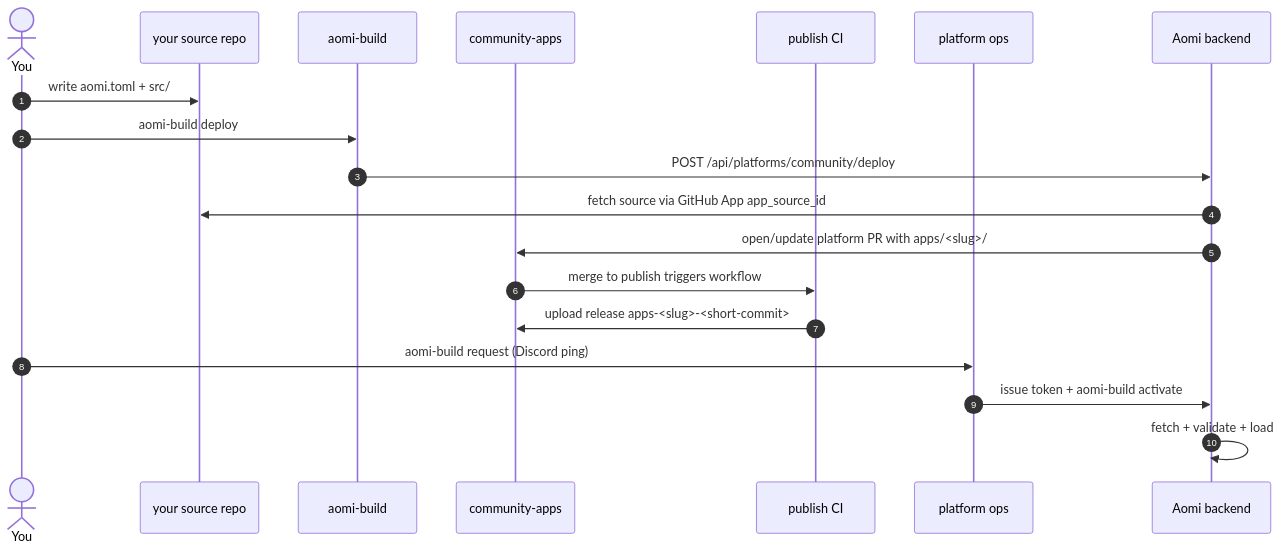
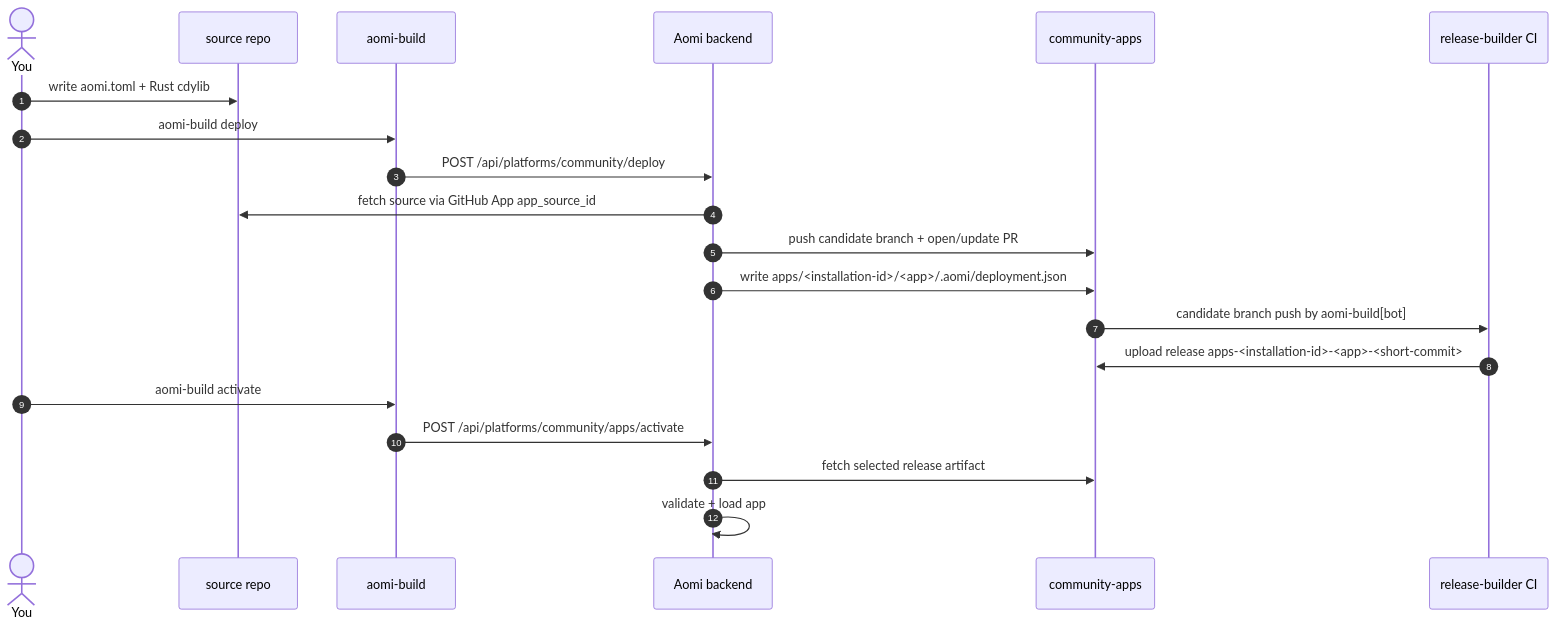
One commit to aomi-labs/community-apps changed the diagram in CONTRIBUTING.md. Above: the diagram before and after it, drawn with Mermaid. The commit also changed other lines of this file and 3 other files, not shown here.

Commit message:
docs: document backend-owned release builder flow

````diff
--- a/CONTRIBUTING.md
+++ b/CONTRIBUTING.md
@@ -10,22 +24,23 @@
 ```mermaid
 sequenceDiagram
     autonumber
     actor You
-    participant Src as your source repo
+    participant Src as source repo
     participant CLI as aomi-build
+    participant BE as Aomi backend
     participant Repo as community-apps
-    participant CI as publish CI
-    participant Ops as platform ops
-    participant BE as Aomi backend
+    participant CI as release-builder CI
 
-    You->>Src: write aomi.toml + src/
+    You->>Src: write aomi.toml + Rust cdylib
     You->>CLI: aomi-build deploy
     CLI->>BE: POST /api/platforms/community/deploy
     BE->>Src: fetch source via GitHub App app_source_id
-    BE->>Repo: open/update platform PR with apps/<slug>/
-    Repo->>CI: merge to publish triggers workflow
-    CI->>Repo: upload release apps-<slug>-<short-commit>
-    You->>Ops: aomi-build request (Discord ping)
-    Ops->>BE: issue token + aomi-build activate
-    BE->>BE: fetch + validate + load
+    BE->>Repo: push candidate branch + open/update PR
+    BE->>Repo: write apps/<installation-id>/<app>/.aomi/deployment.json
+    Repo->>CI: candidate branch push by aomi-build[bot]
+    CI->>Repo: upload release apps-<installation-id>-<app>-<short-commit>
+    You->>CLI: aomi-build activate
+    CLI->>BE: POST /api/platforms/community/apps/activate
+    BE->>Repo: fetch selected release artifact
+    BE->>BE: validate + load app
 ```
````
